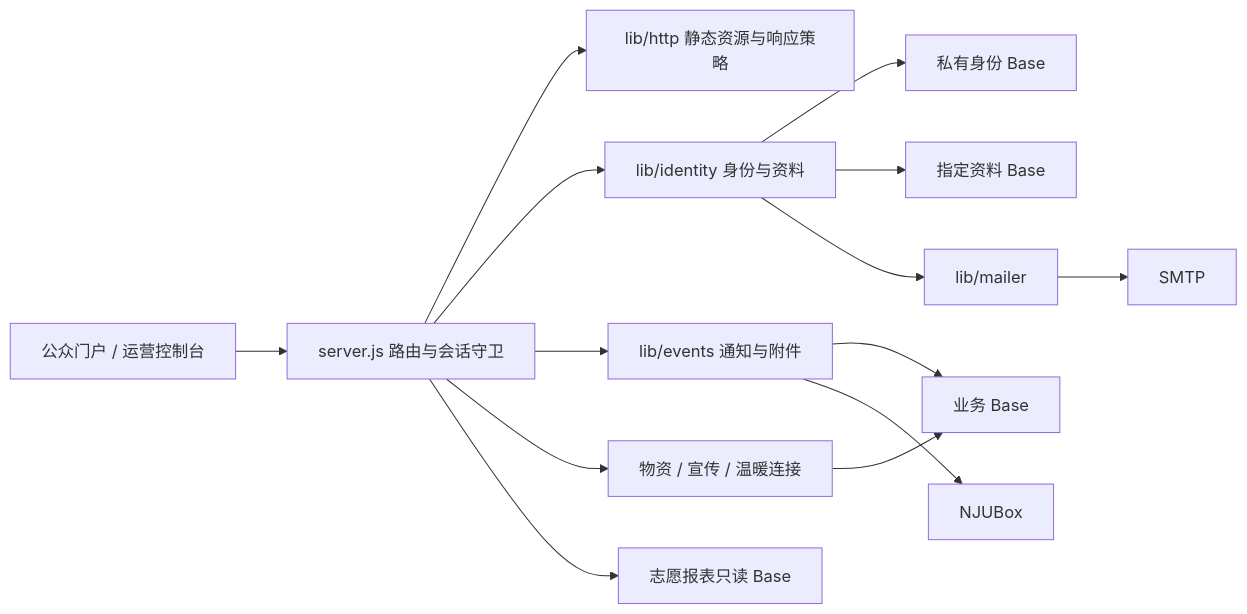
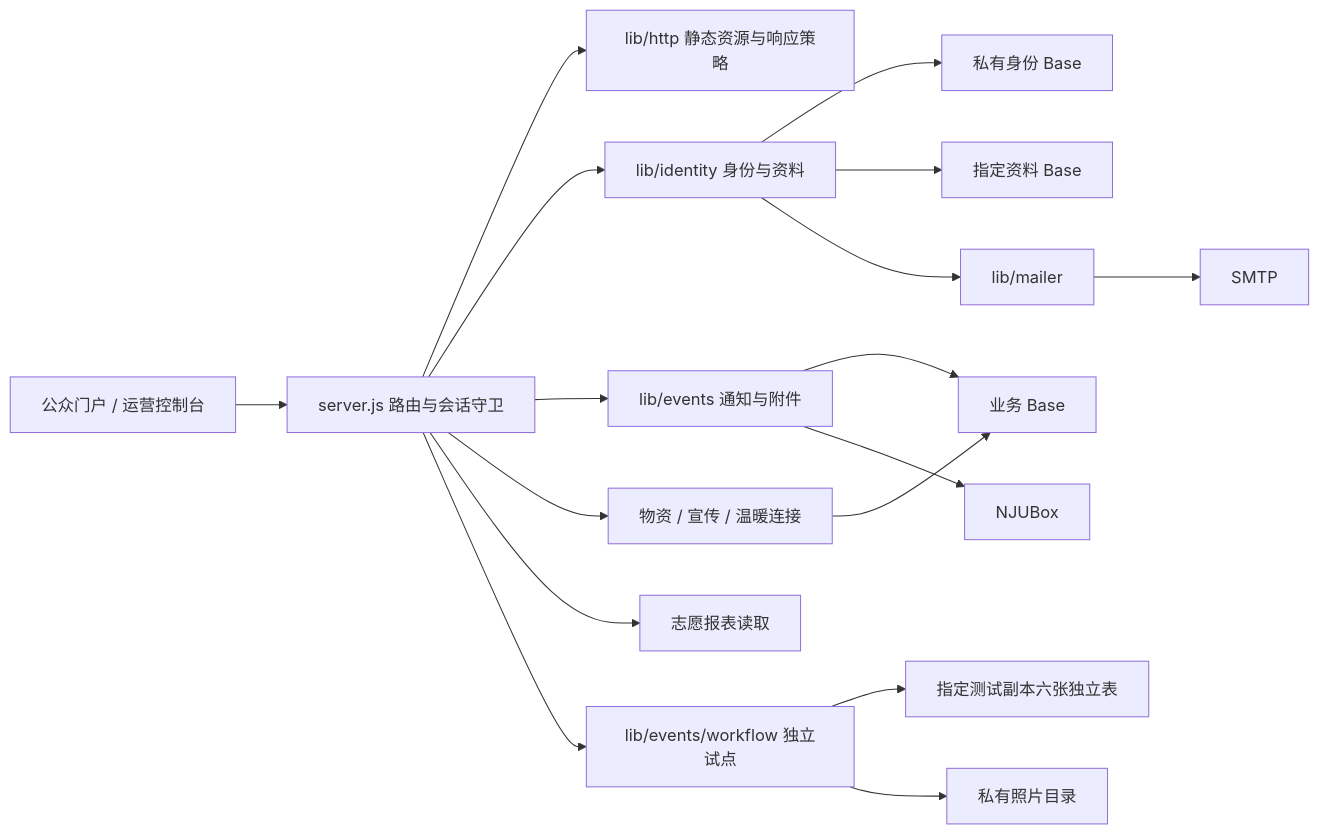
The diagram in docs/ARCHITECTURE.md (WANGLEVY9/NJURedCross), drawn with Mermaid before and after one commit. The commit also changed other lines of this file and 66 other files, not shown here.

````diff
--- a/docs/ARCHITECTURE.md
+++ b/docs/ARCHITECTURE.md
@@ -5,16 +5,19 @@
 ```mermaid
 flowchart LR
   Browser[公众门户 / 运营控制台] --> HTTP[server.js 路由与会话守卫]
   HTTP --> Static[lib/http 静态资源与响应策略]
   HTTP --> Identity[lib/identity 身份与资料]
   HTTP --> Events[lib/events 通知与附件]
   HTTP --> Business[物资 / 宣传 / 温暖连接]
   Identity --> Private[私有身份 Base]
   Identity --> Profile[指定资料 Base]
   Business --> Main[业务 Base]
   Events --> Main
   Events --> Box[NJUBox]
-  HTTP --> Volunteer[志愿报表只读 Base]
+  HTTP --> Volunteer[志愿报表读取]
+  HTTP --> Workflow[lib/events/workflow 独立试点]
+  Workflow --> TestBase[指定测试副本六张独立表]
+  Workflow --> Photos[私有照片目录]
   Identity --> Mail[lib/mailer]
   Mail --> SMTP[SMTP]
 ```
````
